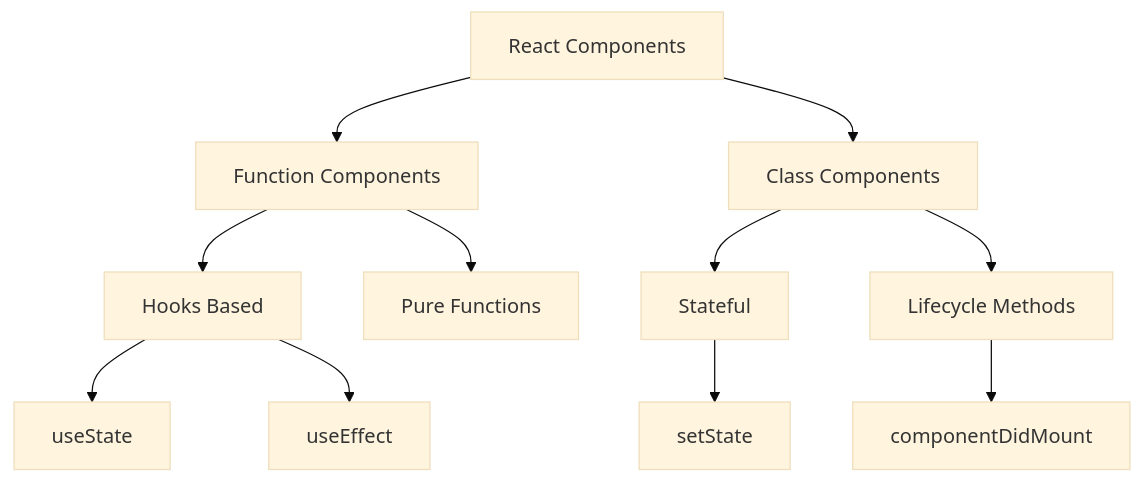
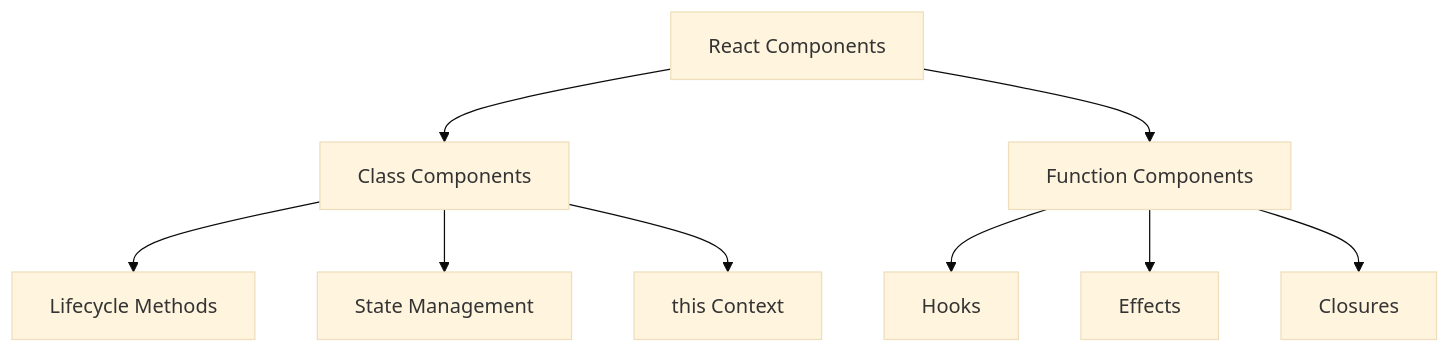
One commit to KRISACHAN/ying-web changed the first of 3 diagrams in apps/fe-docs/pages/interview/react/2-components-and-lifecycle.mdx. Above: the diagram before and after it, drawn with Mermaid (base theme). The commit also changed other lines of this file and 12 other files, not shown here.

````diff
--- a/apps/fe-docs/pages/interview/react/2-components-and-lifecycle.mdx
+++ b/apps/fe-docs/pages/interview/react/2-components-and-lifecycle.mdx
@@ -9,13 +9,11 @@
 ```mermaid
 graph TD
-    A[React Components] --> B[Function Components]
-    A --> C[Class Components]
-    B --> D[Hooks Based]
-    B --> E[Pure Functions]
-    C --> F[Stateful]
-    C --> G[Lifecycle Methods]
-    D --> H[useState]
-    D --> I[useEffect]
-    F --> J[setState]
-    G --> K[componentDidMount]
+    A[React Components] --> B[Class Components]
+    A --> C[Function Components]
+    B --> D[Lifecycle Methods]
+    B --> E[State Management]
+    B --> F[this Context]
+    C --> G[Hooks]
+    C --> H[Effects]
+    C --> I[Closures]
 ```
````
